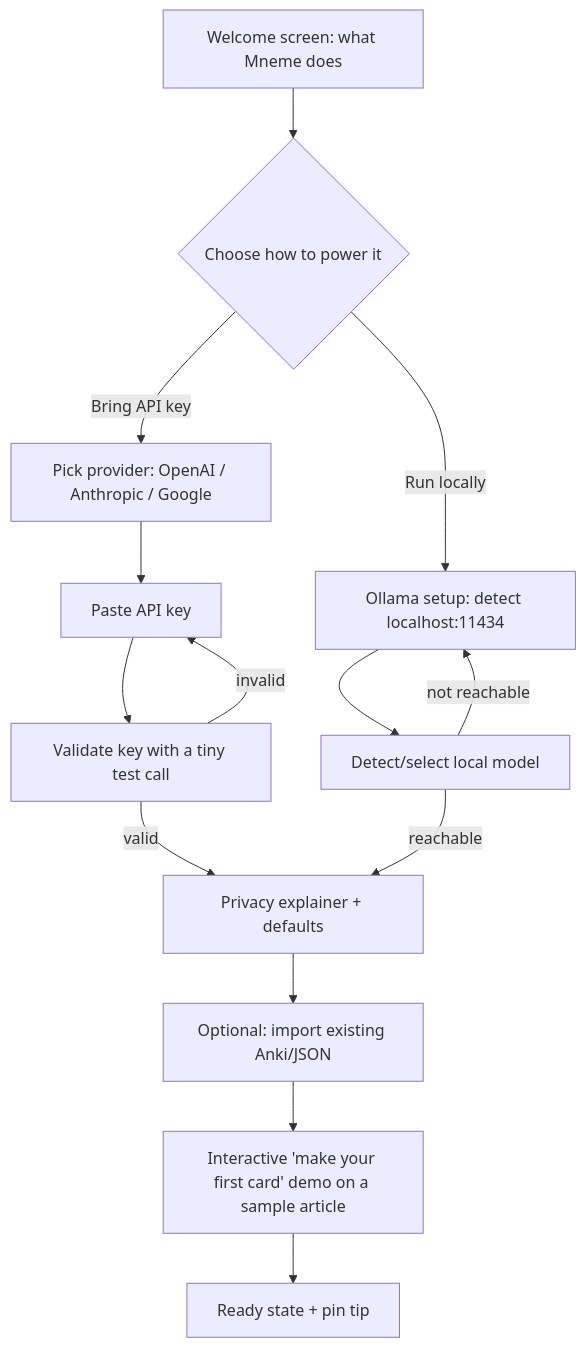
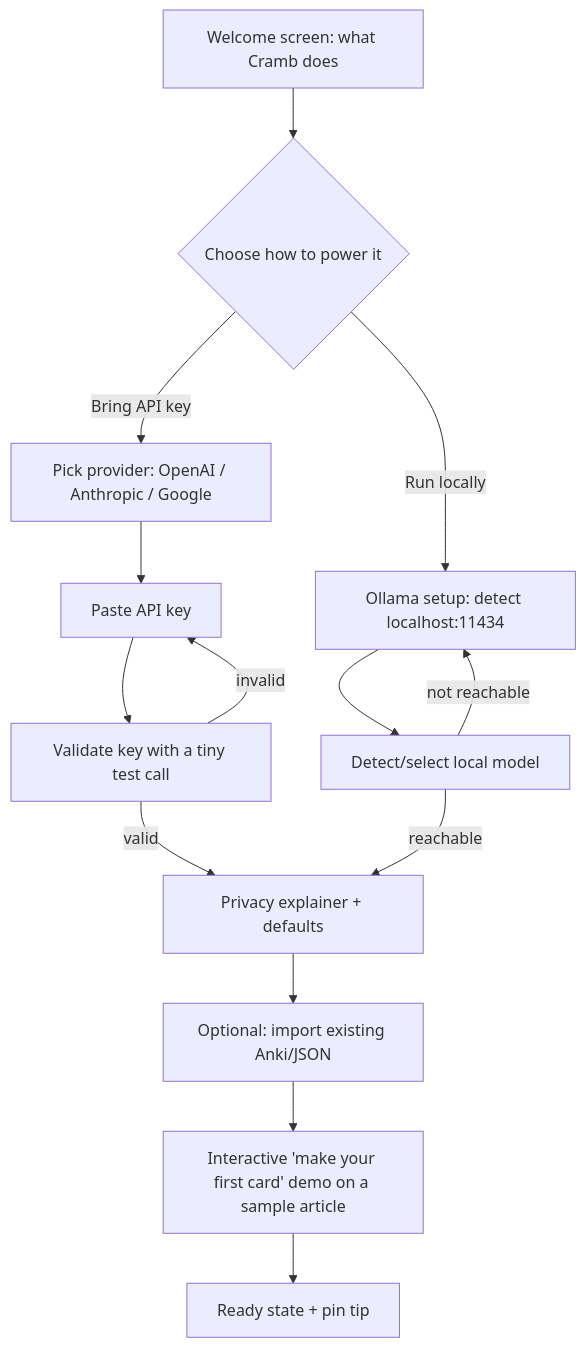
The second of 6 diagrams in docs/02-App-Flow.md (kalebrodriguez/cramb-extension), drawn with Mermaid before and after one commit. The commit also changed other lines of this file and 20 other files, not shown here.

````diff
--- a/docs/02-App-Flow.md
+++ b/docs/02-App-Flow.md
@@ -55,16 +55,16 @@
 ```mermaid
 flowchart TD
-    A[Welcome screen: what Mneme does] --> B{Choose how to power it}
+    A[Welcome screen: what Cramb does] --> B{Choose how to power it}
     B -->|Bring API key| C[Pick provider: OpenAI / Anthropic / Google]
     B -->|Run locally| D[Ollama setup: detect localhost:11434]
     C --> E[Paste API key]
     E --> F[Validate key with a tiny test call]
     D --> G[Detect/select local model]
     F -->|valid| H[Privacy explainer + defaults]
     F -->|invalid| E
     G -->|reachable| H
     G -->|not reachable| D
     H --> I[Optional: import existing Anki/JSON]
     I --> J[Interactive 'make your first card' demo on a sample article]
     J --> K[Ready state + pin tip]
 ```
````
